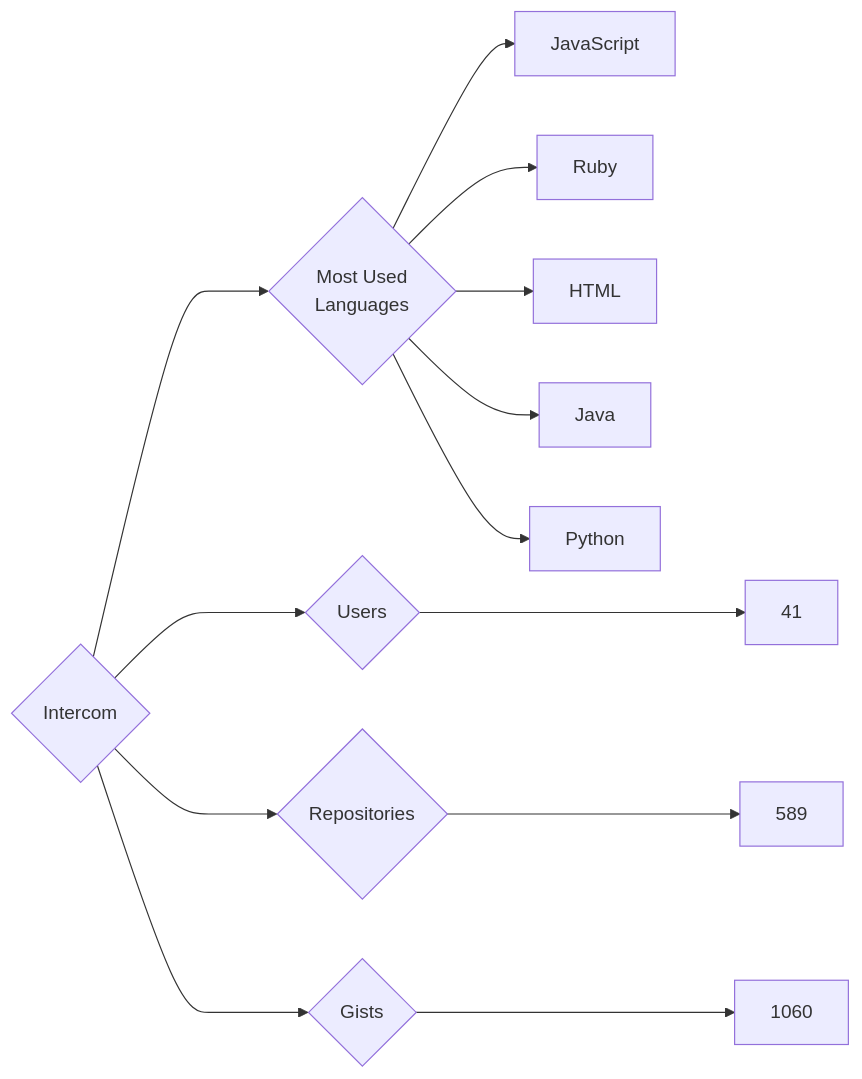
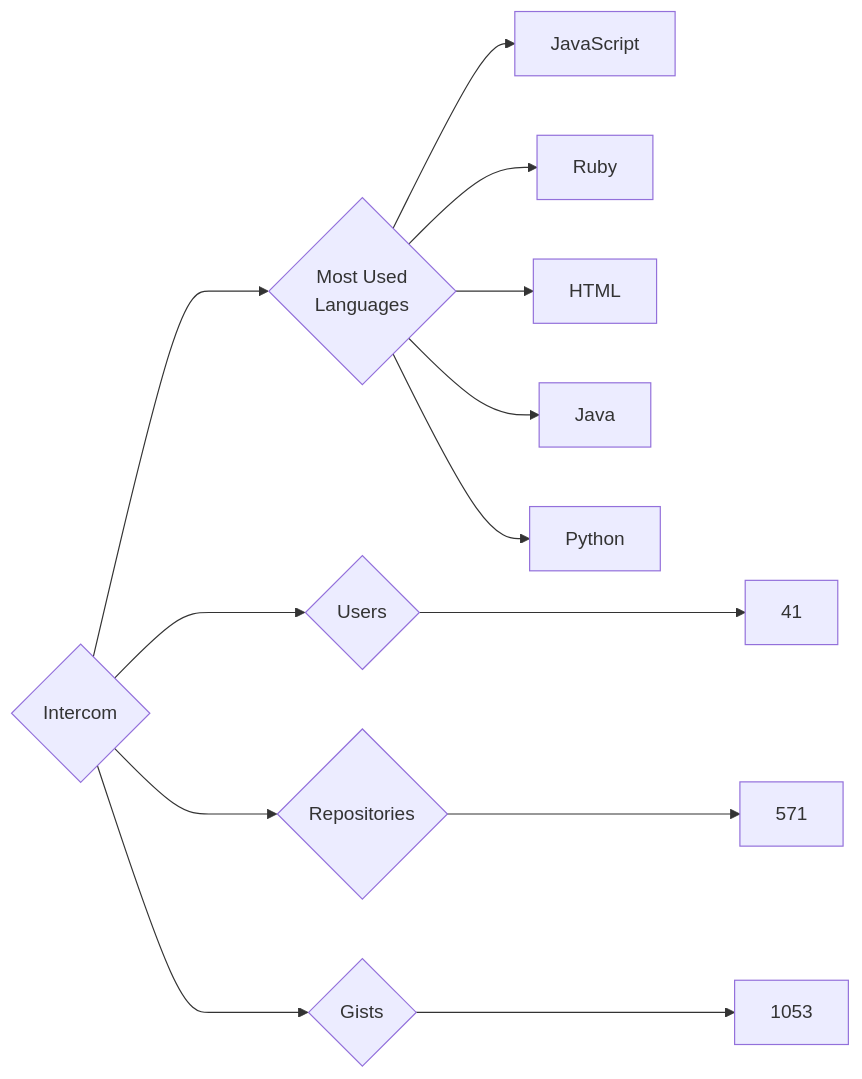
One commit to trickest/insiders changed the diagram in targets/Intercom/README.md. Above: the diagram before and after it, drawn with Mermaid. The commit also changed 611 other files, not shown here.

````diff
--- a/targets/Intercom/README.md
+++ b/targets/Intercom/README.md
@@ -3,13 +3,13 @@
 ```mermaid
 graph LR
 COMPANY_NAME{Intercom}
 COMPANY_NAME ---> U{Users} ---> UN[41]
-COMPANY_NAME ---> R{Repositories} ---> RN[589]
-COMPANY_NAME ---> G{Gists} ---> GN[1060]
+COMPANY_NAME ---> R{Repositories} ---> RN[571]
+COMPANY_NAME ---> G{Gists} ---> GN[1053]
 COMPANY_NAME ---> ML{Most Used<br>Languages}
 ML --> JavaScript[JavaScript]
 ML --> Ruby[Ruby]
 ML --> HTML[HTML]
 ML --> Java[Java]
 ML --> Python[Python]
 ```
````
